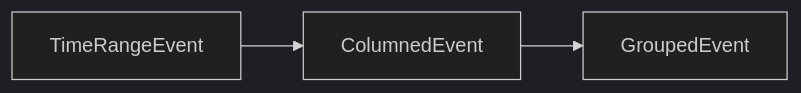
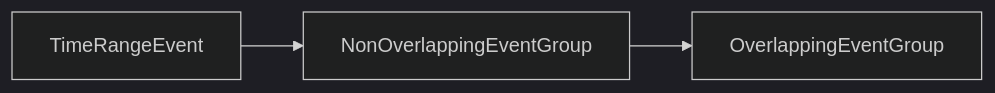
The second of 2 diagrams in README.md (Zelcider/planity-test), drawn with Mermaid (dark theme) before and after one commit. The commit also changed other lines of this file, not shown here.

````diff
--- a/README.md
+++ b/README.md
@@ -44,5 +44,5 @@
 ```mermaid
  graph LR
-A[ColumnedEvent] --> B[GroupedEvent]
+A[NonOverlappingEventGroup] --> B[OverlappingEventGroup]
 C[TimeRangeEvent] --> A
 ```
````
